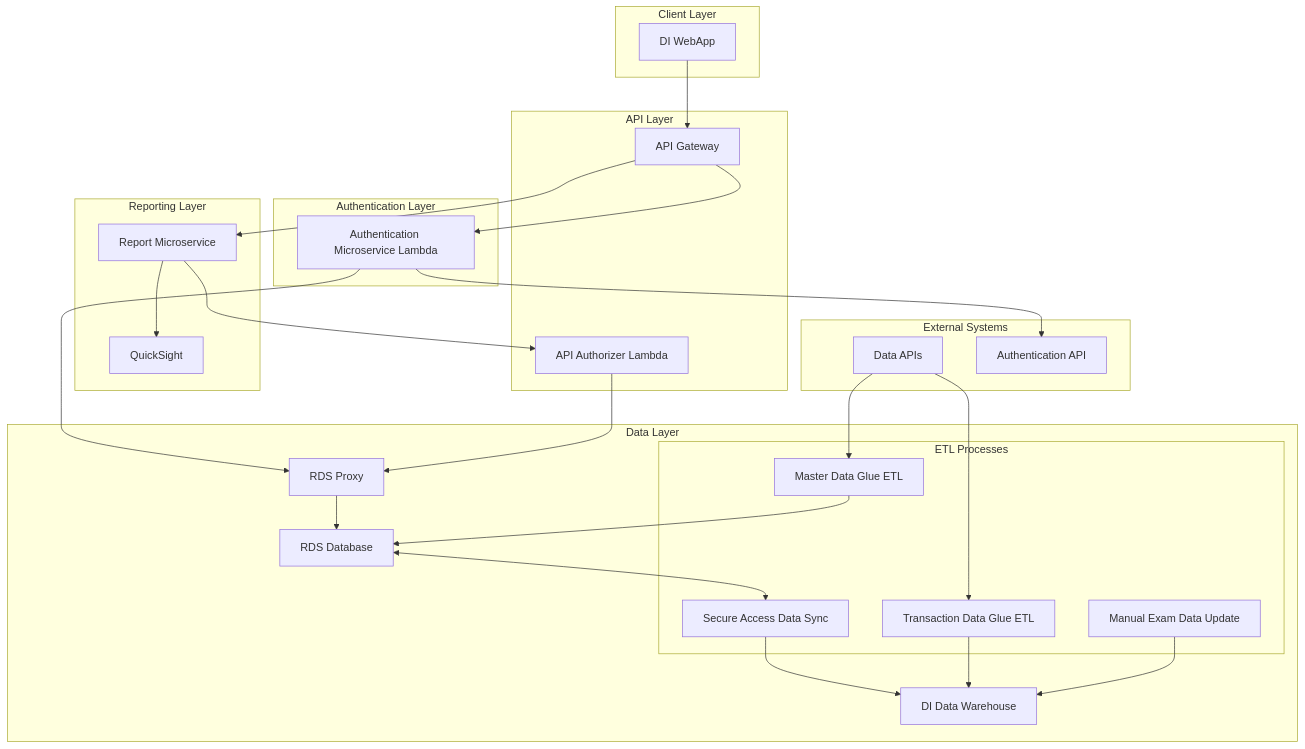
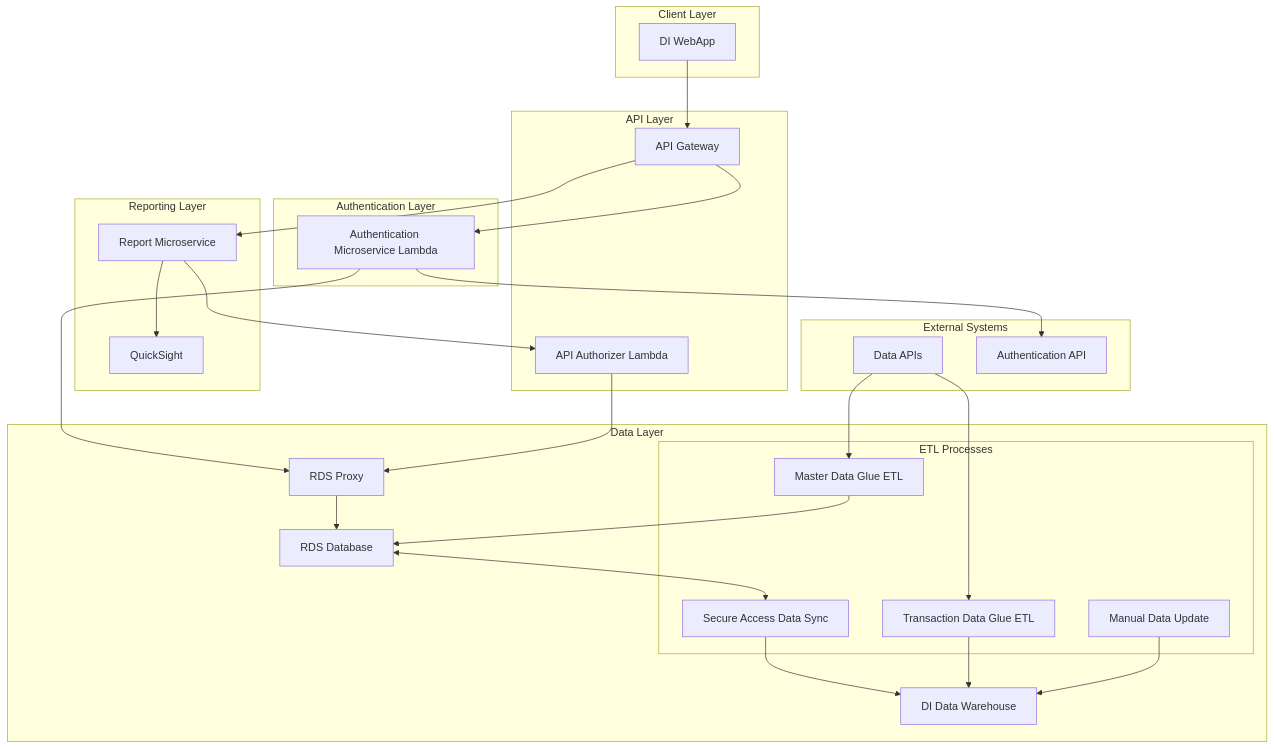
The first of 3 diagrams in Detailed.md (hugger-beep/private1), drawn with Mermaid before and after one commit.

````diff
--- a/Detailed.md
+++ b/Detailed.md
@@ -3,60 +3,60 @@
 ```mermaid
 graph TD
     subgraph "Client Layer"
         DIWebApp[DI WebApp]
     end
     
     subgraph "API Layer"
         APIGateway[API Gateway]
         APIAuth[API Authorizer Lambda]
     end
     
     subgraph "Authentication Layer"
         AuthMicro[Authentication Microservice Lambda]
     end
     
     subgraph "Reporting Layer"
         ReportMicro[Report Microservice]
         QS[QuickSight]
     end
     
     subgraph "Data Layer"
         RDSProxy[RDS Proxy]
         RDS[RDS Database]
         DW[DI Data Warehouse]
         
         subgraph "ETL Processes"
             TransETL[Transaction Data Glue ETL]
             MasterETL[Master Data Glue ETL]
             SecureSync[Secure Access Data Sync]
-            ManualUpdate[Manual Exam Data Update]
+            ManualUpdate[Manual Data Update]
         end
     end
     
     subgraph "External Systems"
         XACTDataAPI[Data APIs]
         XACIAuth[Authentication API]
     end
     
     DIWebApp --> APIGateway
     
     APIGateway --> AuthMicro
     APIGateway --> ReportMicro
     
     AuthMicro --> XACIAuth
     AuthMicro --> RDSProxy
     APIAuth --> RDSProxy
     
     ReportMicro --> QS
     ReportMicro --> APIAuth
     
     RDSProxy --> RDS
     RDS <--> SecureSync
     SecureSync --> DW
     TransETL --> DW
     MasterETL --> RDS
     ManualUpdate --> DW
     
     XACTDataAPI --> TransETL
     XACTDataAPI --> MasterETL
 ```
````
